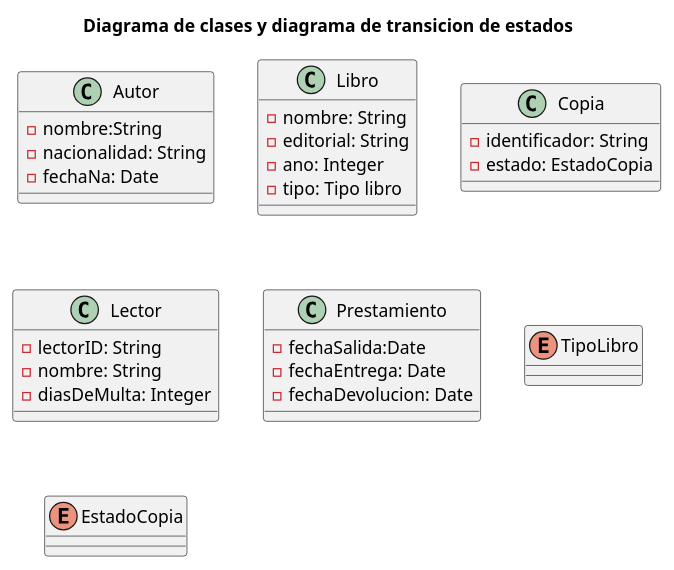
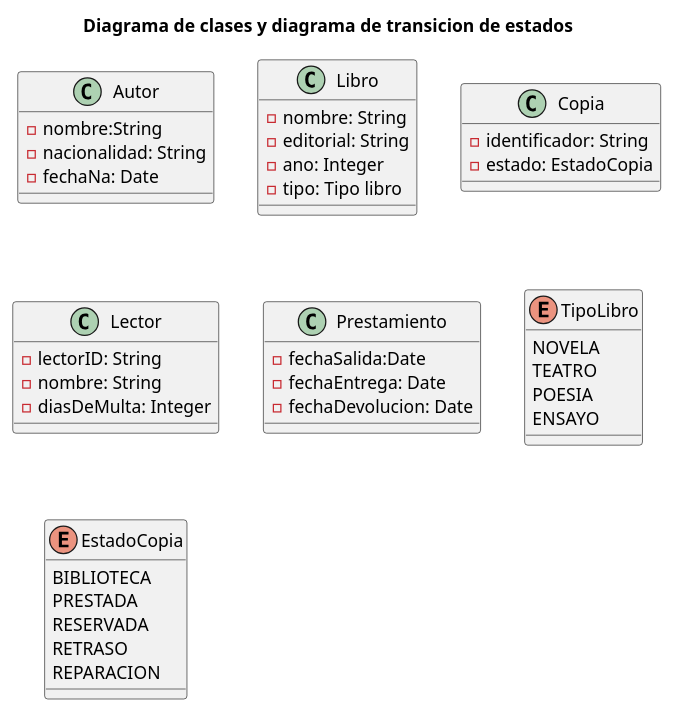
The diagram in EjerciciosUML/EjerciciosUML/src/plantUMLDiagramas/Ejercicio3.puml (Atzlares/DiagramasUML), drawn with PlantUML before and after one commit.

```diff
--- a/EjerciciosUML/EjerciciosUML/src/plantUMLDiagramas/Ejercicio3.puml
+++ b/EjerciciosUML/EjerciciosUML/src/plantUMLDiagramas/Ejercicio3.puml
@@ -1,43 +1,54 @@
 @startuml
 title Diagrama de clases y diagrama de transicion de estados
 
 
 class Autor{
 -nombre:String
 -nacionalidad: String
 -fechaNa: Date
 }
 
 class Libro{
 -nombre: String
 -editorial: String
 -ano: Integer
 -tipo: Tipo libro
 
 }
 
 class Copia{
 -identificador: String
 -estado: EstadoCopia
 }
 
 class Lector{
 -lectorID: String
 -nombre: String
 -diasDeMulta: Integer
 }
 
 class Prestamiento{
 -fechaSalida:Date
 -fechaEntrega: Date
 -fechaDevolucion: Date
 }
 
 enum TipoLibro{
+NOVELA
+TEATRO
+POESIA
+ENSAYO
 }
 
 enum EstadoCopia{
+BIBLIOTECA
+PRESTADA
+RESERVADA
+RETRASO
+REPARACION
 }
 
 
+
+
 @enduml
```
